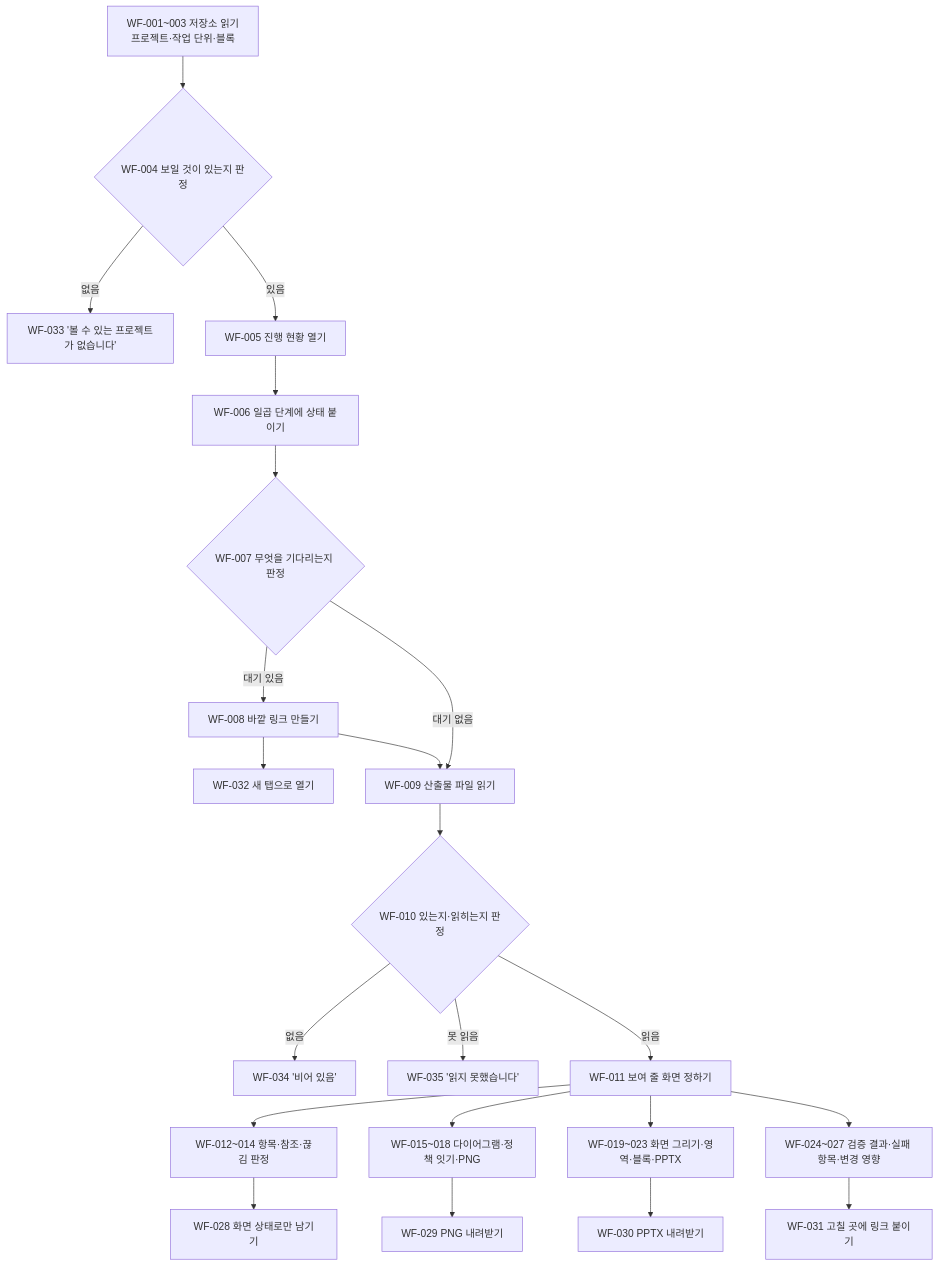
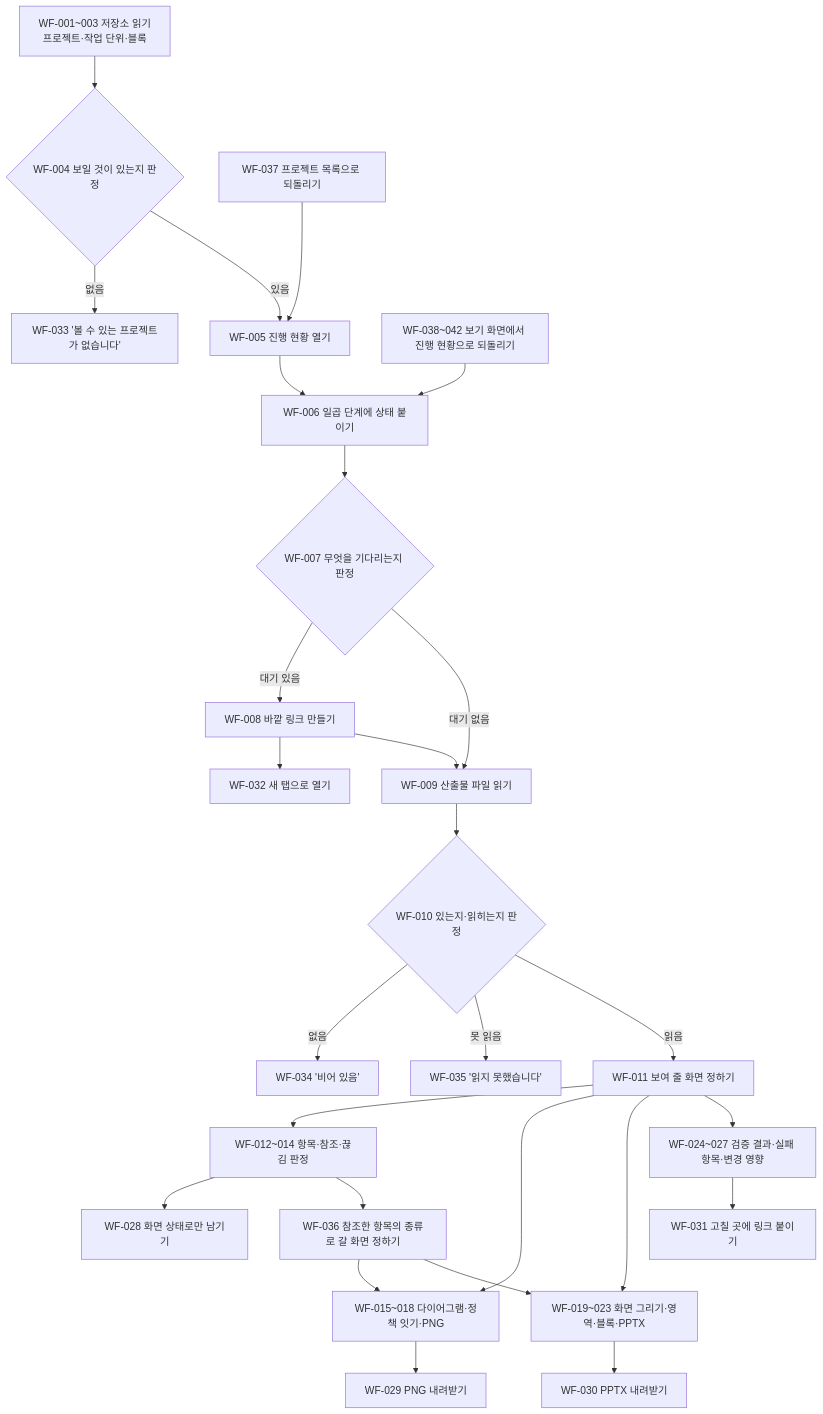
The diagram in projects/ux-ai-studio/WORKFLOW.md (luckyjayden/uxui_Design_Auto), drawn with Mermaid before and after one commit. The commit also changed other lines of this file and 19 other files, not shown here.

````diff
--- a/projects/ux-ai-studio/WORKFLOW.md
+++ b/projects/ux-ai-studio/WORKFLOW.md
@@ -43,24 +51,29 @@
 ```mermaid
 flowchart TD
   A["WF-001~003 저장소 읽기<br>프로젝트·작업 단위·블록"] --> B{"WF-004 보일 것이 있는지 판정"}
   B -- 없음 --> B2["WF-033 '볼 수 있는 프로젝트가 없습니다'"]
   B -- 있음 --> C["WF-005 진행 현황 열기"]
   C --> D["WF-006 일곱 단계에 상태 붙이기"]
   D --> E{"WF-007 무엇을 기다리는지 판정"}
   E -- 대기 있음 --> F["WF-008 바깥 링크 만들기"]
   F --> F2["WF-032 새 탭으로 열기"]
   E -- 대기 없음 --> G["WF-009 산출물 파일 읽기"]
   F --> G
   G --> H{"WF-010 있는지·읽히는지 판정"}
   H -- 없음 --> H2["WF-034 '비어 있음'"]
   H -- 못 읽음 --> H3["WF-035 '읽지 못했습니다'"]
   H -- 읽음 --> I["WF-011 보여 줄 화면 정하기"]
   I --> J["WF-012~014 항목·참조·끊김 판정"]
   I --> K["WF-015~018 다이어그램·정책 잇기·PNG"]
   I --> L["WF-019~023 화면 그리기·영역·블록·PPTX"]
   I --> M["WF-024~027 검증 결과·실패 항목·변경 영향"]
   J --> N["WF-028 화면 상태로만 남기기"]
   K --> O["WF-029 PNG 내려받기"]
   L --> P["WF-030 PPTX 내려받기"]
   M --> Q["WF-031 고칠 곳에 링크 붙이기"]
+  J --> R["WF-036 참조한 항목의 종류로 갈 화면 정하기"]
+  R --> K
+  R --> L
+  RA["WF-037 프로젝트 목록으로 되돌리기"] --> C
+  RB["WF-038~042 보기 화면에서 진행 현황으로 되돌리기"] --> D
 ```
````
